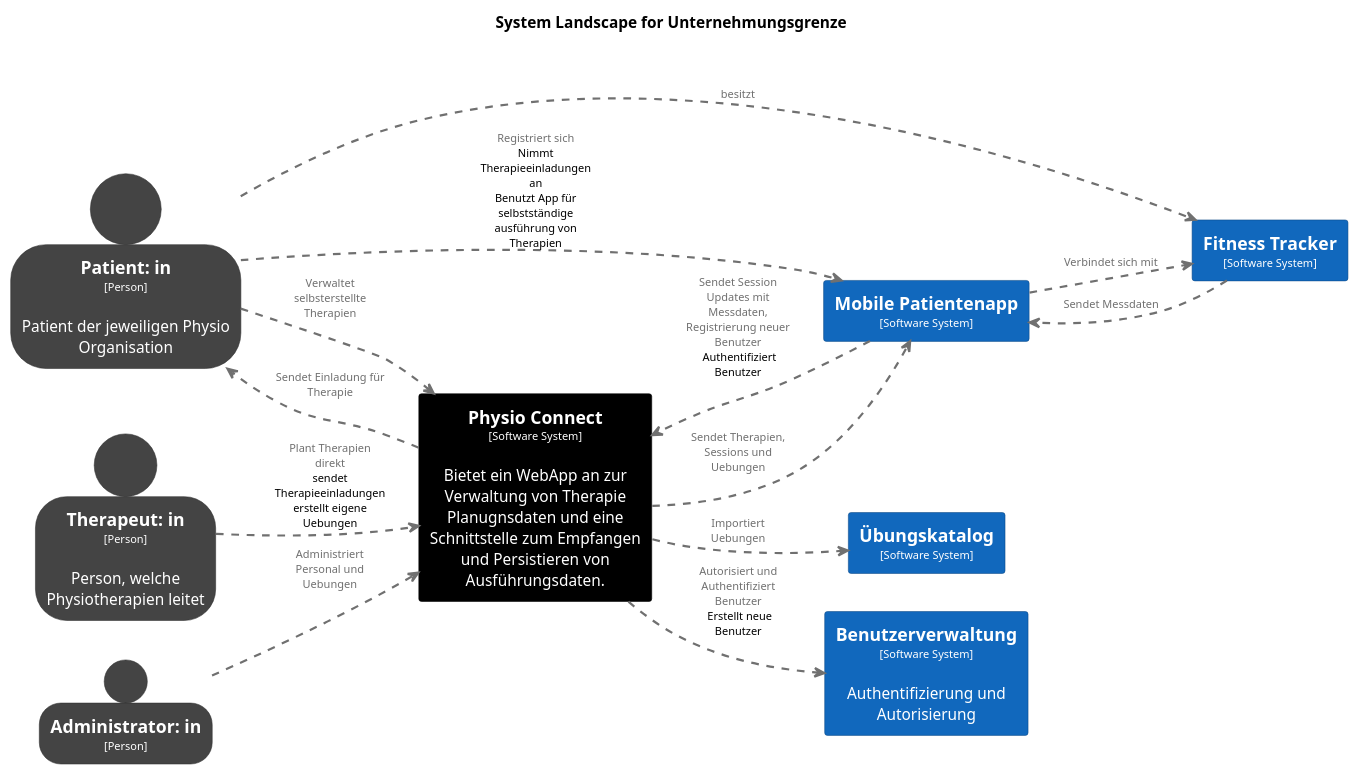
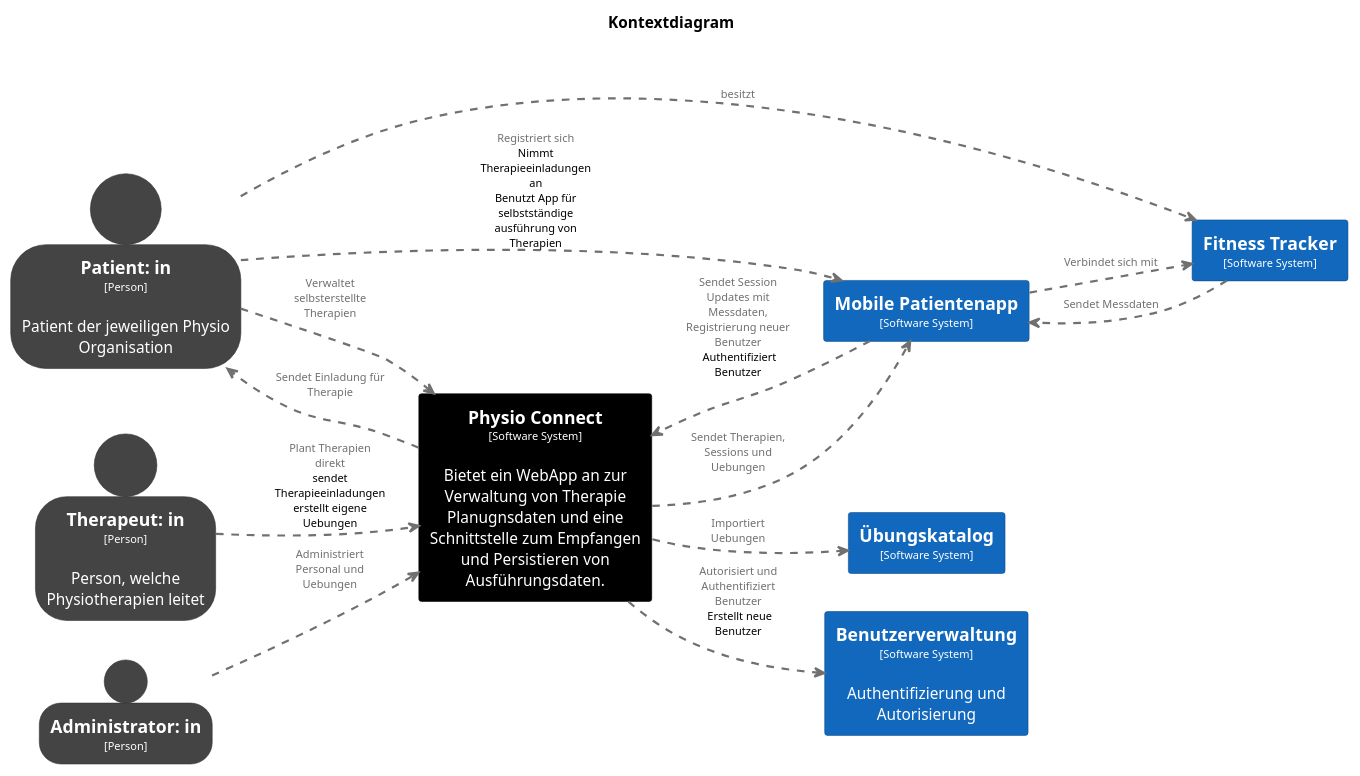
One commit to markuskaufmann/CAS_SA_Transfer changed the diagram in arc42_documentation/additional_diagrams/context_diagram.puml. Above: the diagram before and after it, drawn with PlantUML.

Commit message:
#34 Changed title of context-diagram

```diff
--- a/arc42_documentation/additional_diagrams/context_diagram.puml
+++ b/arc42_documentation/additional_diagrams/context_diagram.puml
@@ -1,96 +1,96 @@
 @startuml
-title System Landscape for Unternehmungsgrenze
+title Kontextdiagram
 
 left to right direction
 
 
 skinparam {
   shadowing false
   arrowFontSize 10
   defaultTextAlignment center
   wrapWidth 200
   maxMessageSize 100
 }
 
 hide stereotype
 
 skinparam person<<Administratorin>> {
   BackgroundColor #444444
   FontColor #ffffff
   BorderColor #2f2f2f
 }
 skinparam rectangle<<Benutzerverwaltung>> {
   BackgroundColor #1168bd
   FontColor #ffffff
   BorderColor #0b4884
 }
 skinparam rectangle<<FitnessTracker>> {
   BackgroundColor #1168bd
   FontColor #ffffff
   BorderColor #0b4884
 }
 skinparam rectangle<<MobilePatientenapp>> {
   BackgroundColor #1168bd
   FontColor #ffffff
   BorderColor #0b4884
 }
 skinparam person<<Patientin>> {
   BackgroundColor #444444
   FontColor #ffffff
   BorderColor #2f2f2f
 }
 skinparam rectangle<<PhysioConnect>> {
   BackgroundColor #000000
   FontColor #ffffff
   BorderColor #000000
 }
 skinparam person<<Therapeutin>> {
   BackgroundColor #444444
   FontColor #ffffff
   BorderColor #2f2f2f
 }
 skinparam rectangle<<Übungskatalog>> {
   BackgroundColor #1168bd
   FontColor #ffffff
   BorderColor #0b4884
 }
 
 
 skinparam PackageBorderColor<<enterprise>> #444444
 skinparam PackageFontColor<<enterprise>> #444444
 
 rectangle "==Physio Connect\n<size:10>[Software System]</size>\n\nBietet ein WebApp an zur Verwaltung von Therapie Planugnsdaten und eine Schnittstelle zum Empfangen und Persistieren von Ausführungsdaten." <<PhysioConnect>> as PhysioConnect
 rectangle "==Mobile Patientenapp\n<size:10>[Software System]</size>" <<MobilePatientenapp>> as MobilePatientenapp
 rectangle "==Übungskatalog\n<size:10>[Software System]</size>" <<Übungskatalog>> as Übungskatalog
 rectangle "==Benutzerverwaltung\n<size:10>[Software System]</size>\n\nAuthentifizierung und Autorisierung" <<Benutzerverwaltung>> as Benutzerverwaltung
 
 
 
 skinparam PackageBorderColor<<group:Patient>> #589fd8
 skinparam PackageFontColor<<group:Patient>> #589fd8
 
 person "==Patient: in\n<size:10>[Person]</size>\n\nPatient der jeweiligen Physio Organisation" <<Patientin>> as Patientin
 rectangle "==Fitness Tracker\n<size:10>[Software System]</size>" <<FitnessTracker>> as FitnessTracker
 
 
 skinparam PackageBorderColor<<group:Physiounternehmung>> #b6862e
 skinparam PackageFontColor<<group:Physiounternehmung>> #b6862e
 
 person "==Therapeut: in\n<size:10>[Person]</size>\n\nPerson, welche Physiotherapien leitet" <<Therapeutin>> as Therapeutin
 person "==Administrator: in\n<size:10>[Person]</size>" <<Administratorin>> as Administratorin
 
 
 
 PhysioConnect .[#707070,thickness=2].> Patientin : "<color:#707070>Sendet Einladung für Therapie"
 Administratorin .[#707070,thickness=2].> PhysioConnect : "<color:#707070>Administriert Personal und Uebungen"
 Therapeutin .[#707070,thickness=2].> PhysioConnect : "<color:#707070>Plant Therapien direkt\nsendet Therapieeinladungen\nerstellt eigene Uebungen"
 Patientin .[#707070,thickness=2].> MobilePatientenapp : "<color:#707070>Registriert sich\nNimmt Therapieeinladungen an\nBenutzt App für selbstständige ausführung von Therapien"
 Patientin .[#707070,thickness=2].> FitnessTracker : "<color:#707070>besitzt"
 Patientin .[#707070,thickness=2]> PhysioConnect : "<color:#707070>Verwaltet selbsterstellte Therapien"
 MobilePatientenapp .[#707070,thickness=2].> FitnessTracker : "<color:#707070>Verbindet sich mit"
 FitnessTracker .[#707070,thickness=2].> MobilePatientenapp : "<color:#707070>Sendet Messdaten"
 MobilePatientenapp .[#707070,thickness=2].> PhysioConnect : "<color:#707070>Sendet Session Updates mit Messdaten, Registrierung neuer Benutzer\n Authentifiziert Benutzer"
 PhysioConnect .[#707070,thickness=2].> MobilePatientenapp : "<color:#707070>Sendet Therapien, Sessions und Uebungen"
 PhysioConnect .[#707070,thickness=2].> Übungskatalog : "<color:#707070>Importiert Uebungen"
 PhysioConnect .[#707070,thickness=2].> Benutzerverwaltung : "<color:#707070>Autorisiert und Authentifiziert Benutzer\n Erstellt neue Benutzer"
 @enduml
```
